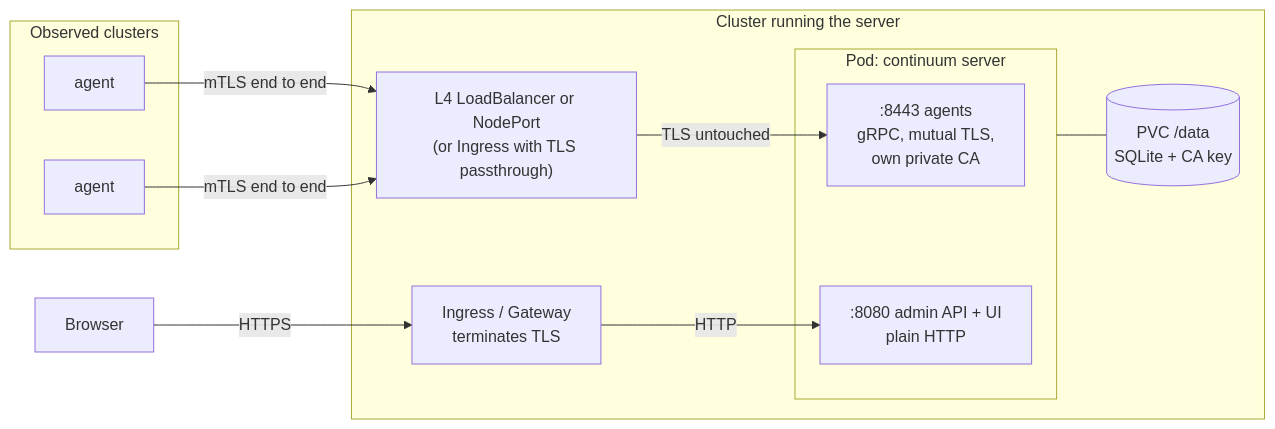
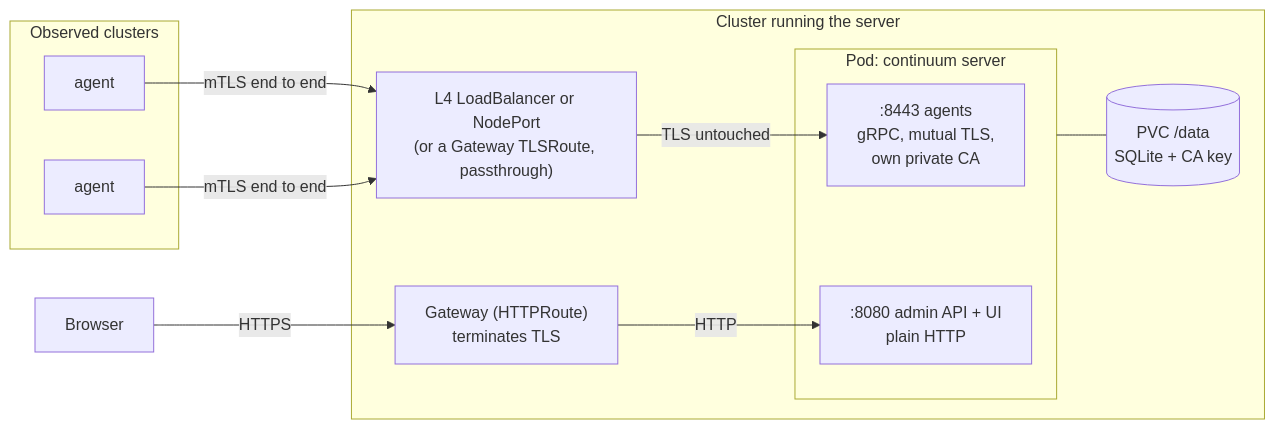
One commit to alexandrosst/continuum-topology changed the diagram in deploy/README.md. Above: the diagram before and after it, drawn with Mermaid. The commit also changed other lines of this file and 18 other files, not shown here.

First line of the commit message:
Remove classic Ingress support from continuum-server, keep Gateway API only

````diff
--- a/deploy/README.md
+++ b/deploy/README.md
@@ -134,23 +132,23 @@
 ```mermaid
 flowchart LR
   subgraph clusters["Observed clusters"]
     A1["agent"]
     A2["agent"]
   end
   B["Browser"]
   subgraph k["Cluster running the server"]
-    LB["L4 LoadBalancer or NodePort<br/>(or Ingress with TLS passthrough)"]
-    IG["Ingress / Gateway<br/>terminates TLS"]
+    LB["L4 LoadBalancer or NodePort<br/>(or a Gateway TLSRoute, passthrough)"]
+    IG["Gateway (HTTPRoute)<br/>terminates TLS"]
     subgraph pod["Pod: continuum server"]
       P1[":8443 agents<br/>gRPC, mutual TLS,<br/>own private CA"]
       P2[":8080 admin API + UI<br/>plain HTTP"]
     end
     D[("PVC /data<br/>SQLite + CA key")]
   end
   A1 -- "mTLS end to end" --> LB
   A2 -- "mTLS end to end" --> LB
   LB -- "TLS untouched" --> P1
   B -- "HTTPS" --> IG
   IG -- "HTTP" --> P2
   pod --- D
 ```
````
